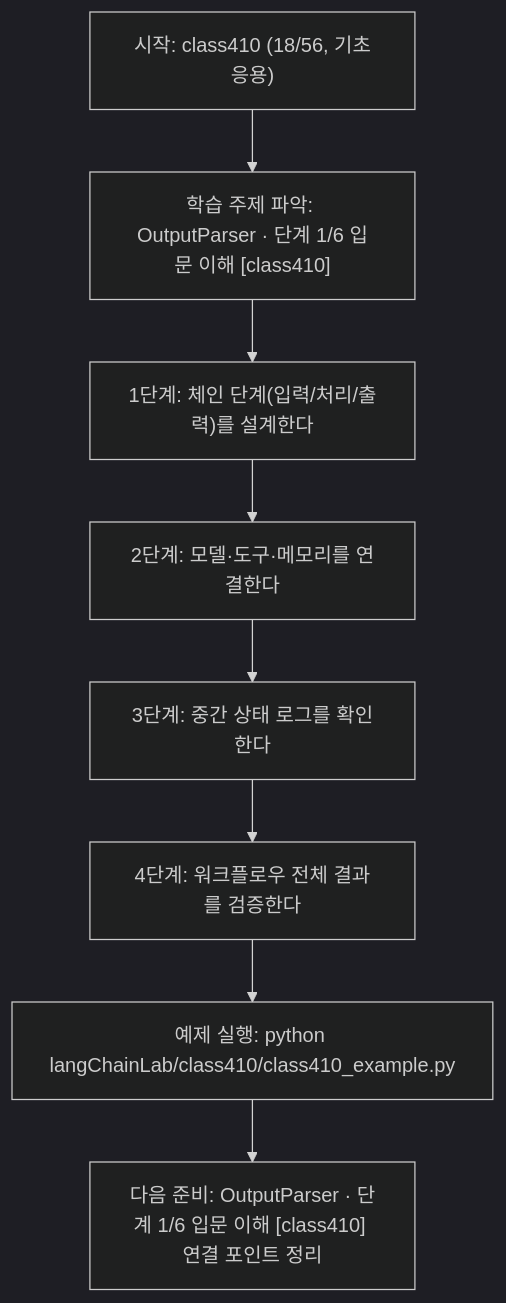
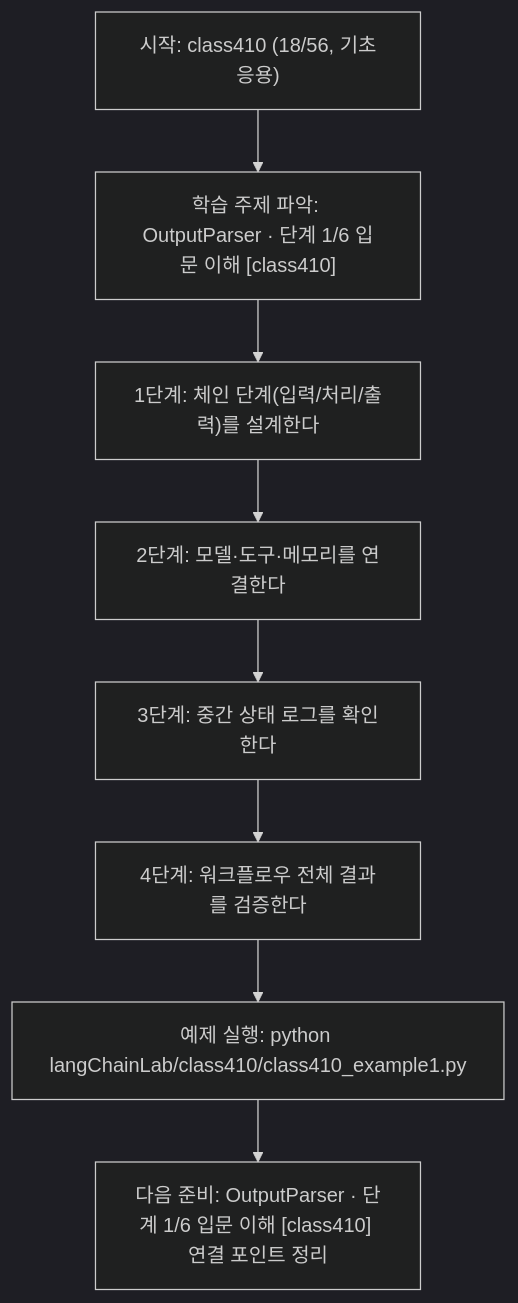
Before and after one commit to edumgt/Python-AI_Agent-Class: the diagram in langChainLab/class410/class410.md, drawn with Mermaid (dark theme). The commit also changed other lines of this file and 2959 other files, not shown here.

````diff
--- a/langChainLab/class410/class410.md
+++ b/langChainLab/class410/class410.md
@@ -108,18 +108,18 @@
 ```mermaid
 flowchart TD
 N1["시작: class410 (18/56, 기초응용)"]
 N2["학습 주제 파악: OutputParser · 단계 1/6 입문 이해 [class410]"]
 N3["1단계: 체인 단계(입력/처리/출력)를 설계한다"]
 N4["2단계: 모델·도구·메모리를 연결한다"]
 N5["3단계: 중간 상태 로그를 확인한다"]
 N6["4단계: 워크플로우 전체 결과를 검증한다"]
-N7["예제 실행: python langChainLab/class410/class410_example.py"]
+N7["예제 실행: python langChainLab/class410/class410_example1.py"]
 N8["다음 준비: OutputParser · 단계 1/6 입문 이해 [class410] 연결 포인트 정리"]
 N1 --> N2
 N2 --> N3
 N3 --> N4
 N4 --> N5
 N5 --> N6
 N6 --> N7
 N7 --> N8
 ```
````
